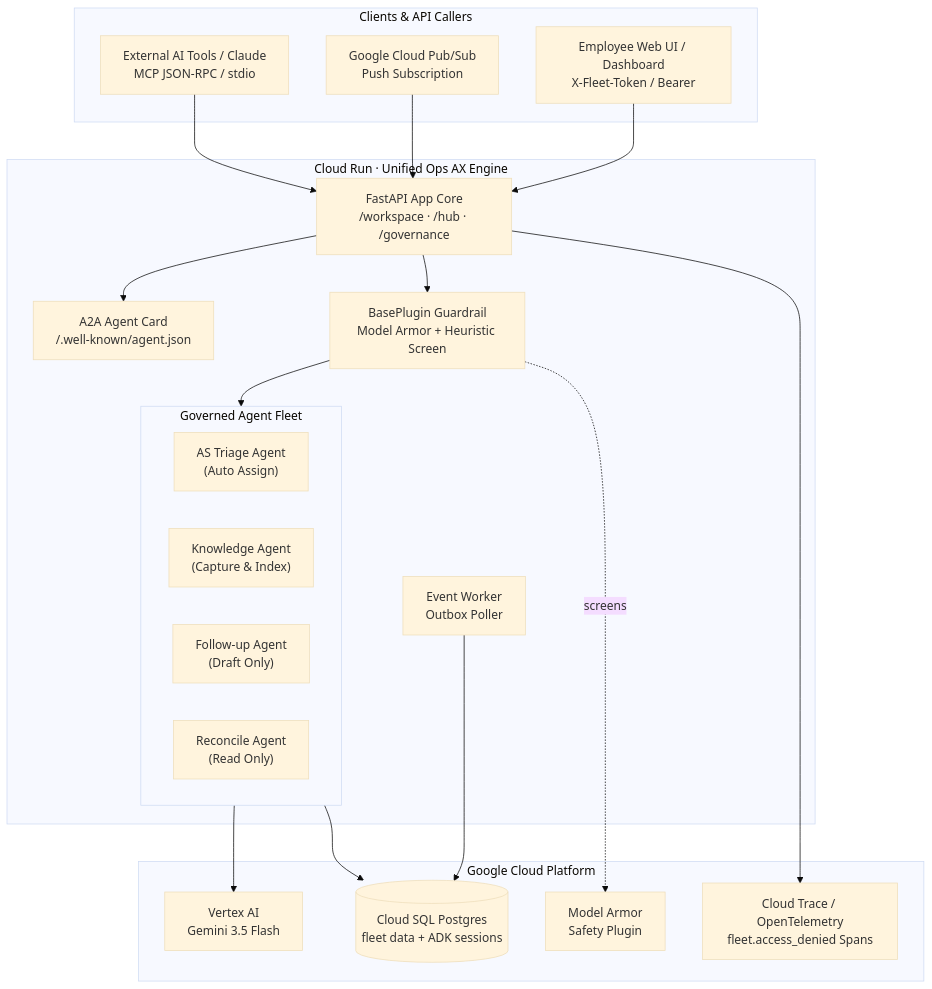
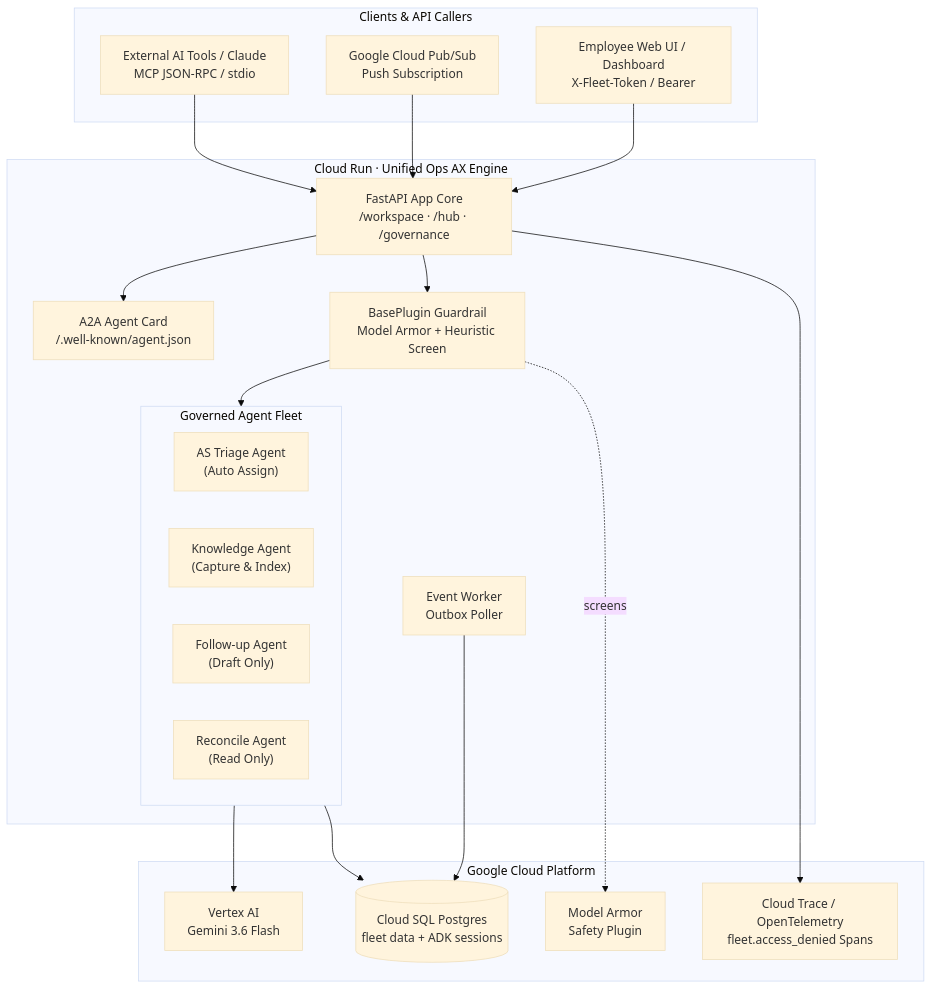
The first of 3 diagrams in docs/architecture.md (sechan9999/unified-ops-ax), drawn with Mermaid (base theme) before and after one commit. The commit also changed other lines of this file and 16 other files, not shown here.

````diff
--- a/docs/architecture.md
+++ b/docs/architecture.md
@@ -12,42 +12,42 @@
 ```mermaid
 flowchart TB
     subgraph ClientLayer["Clients & API Callers"]
         emp["Employee Web UI / Dashboard<br/>X-Fleet-Token / Bearer"]
         ps["Google Cloud Pub/Sub<br/>Push Subscription"]
         mcp["External AI Tools / Claude<br/>MCP JSON-RPC / stdio"]
     end
 
     subgraph ServiceLayer["Cloud Run · Unified Ops AX Engine"]
         api["FastAPI App Core<br/>/workspace · /hub · /governance"]
         a2a["A2A Agent Card<br/>/.well-known/agent.json"]
         guard["BasePlugin Guardrail<br/>Model Armor + Heuristic Screen"]
         
         subgraph Agents["Governed Agent Fleet"]
             tri["AS Triage Agent<br/>(Auto Assign)"]
             kno["Knowledge Agent<br/>(Capture & Index)"]
             fol["Follow-up Agent<br/>(Draft Only)"]
             rec["Reconcile Agent<br/>(Read Only)"]
         end
         
         worker["Event Worker<br/>Outbox Poller"]
     end
 
     subgraph InfraLayer["Google Cloud Platform"]
-        gemini["Vertex AI<br/>Gemini 3.5 Flash"]
+        gemini["Vertex AI<br/>Gemini 3.6 Flash"]
         sql[("Cloud SQL Postgres<br/>fleet data + ADK sessions")]
         armor["Model Armor<br/>Safety Plugin"]
         trace["Cloud Trace / OpenTelemetry<br/>fleet.access_denied Spans"]
     end
 
     emp --> api
     ps --> api
     mcp --> api
     api --> a2a
     api --> guard
     guard --> Agents
     Agents --> gemini
     guard -. screens .-> armor
     Agents --> sql
     worker --> sql
     api --> trace
 ```
````
